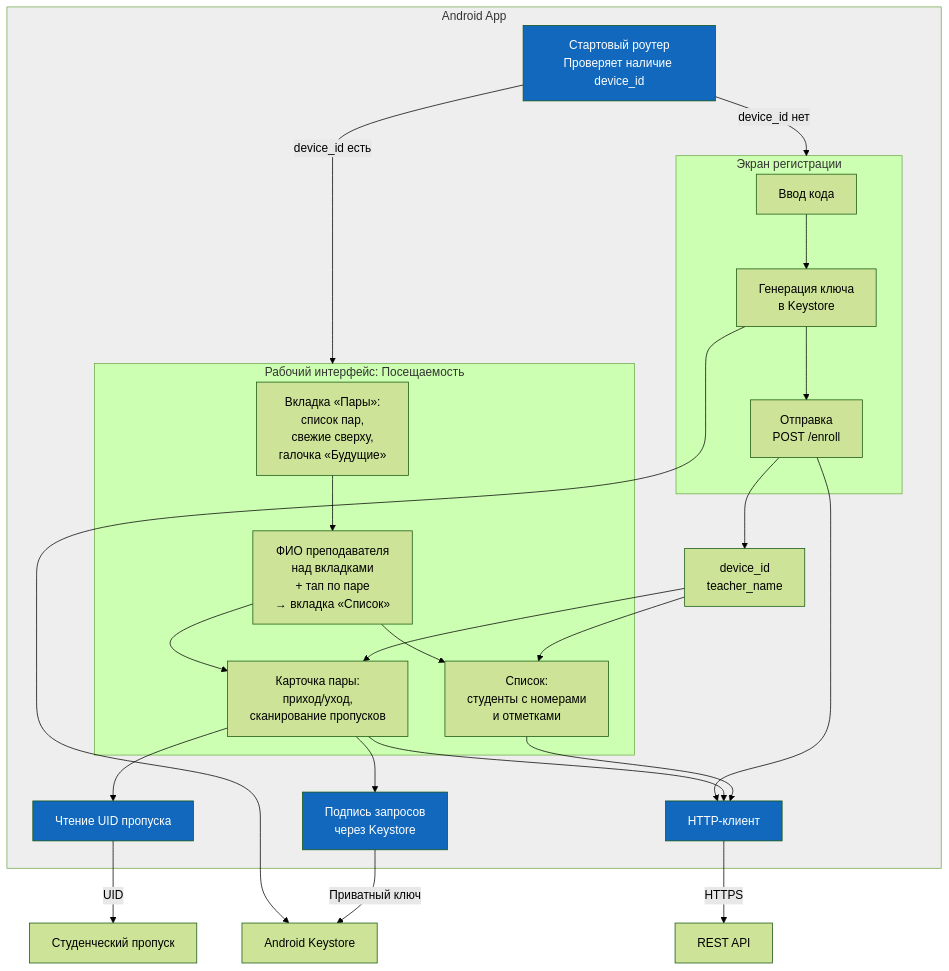
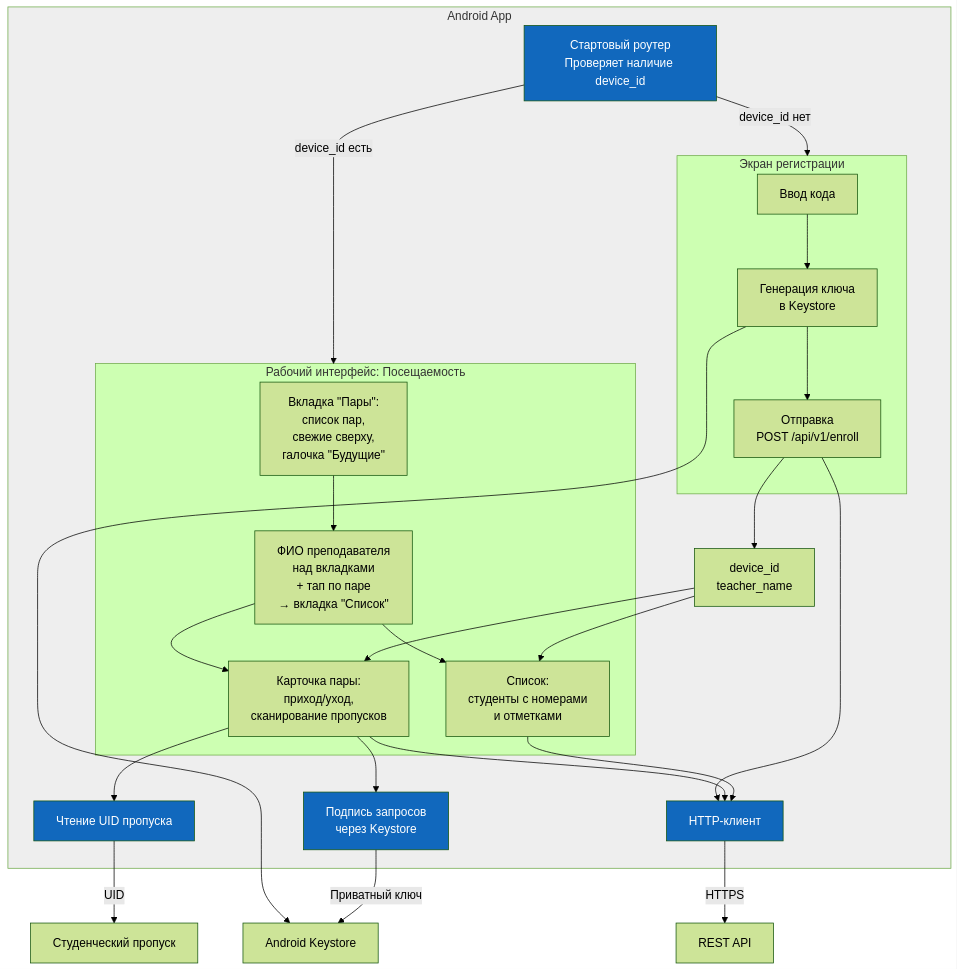
Before and after one commit to SP4CEVI/iasu-2.0: the third of 15 diagrams in docs/concept.md, drawn with Mermaid (forest theme). The commit also changed other lines of this file, not shown here.

````diff
--- a/docs/concept.md
+++ b/docs/concept.md
@@ -185,59 +187,59 @@
 ```mermaid
 graph TB
     subgraph App["Android App"]
         Router["Стартовый роутер<br/>Проверяет наличие device_id"]
 
         subgraph RegFlow["Экран регистрации"]
             RegInput["Ввод кода"]
             RegCrypto["Генерация ключа<br/>в Keystore"]
-            RegSend["Отправка<br/>POST /enroll"]
+            RegSend["Отправка<br/>POST /api/v1/enroll"]
         end
 
         subgraph WorkFlow["Рабочий интерфейс: Посещаемость"]
-            Selectors["Вкладка «Пары»:<br/>список пар,<br/>свежие сверху,<br/>галочка «Будущие»"]
-            ModeSwitch["ФИО преподавателя<br/>над вкладками<br/>+ тап по паре<br/>→ вкладка «Список»"]
+            Selectors["Вкладка #quot;Пары#quot;:<br/>список пар,<br/>свежие сверху,<br/>галочка #quot;Будущие#quot;"]
+            ModeSwitch["ФИО преподавателя<br/>над вкладками<br/>+ тап по паре<br/>→ вкладка #quot;Список#quot;"]
             MarkPart["Карточка пары:<br/>приход/уход,<br/>сканирование пропусков"]
             ListPart["Список:<br/>студенты с номерами<br/>и отметками"]
         end
 
         NFCReader["Чтение UID пропуска"]
         Crypto["Подпись запросов<br/>через Keystore"]
         Api["HTTP-клиент"]
         Prefs["device_id<br/>teacher_name"]
     end
 
     Keystore["Android Keystore"]
     Card["Студенческий пропуск"]
     Server["REST API"]
 
     Router -->|"device_id есть"| WorkFlow
     Router -->|"device_id нет"| RegFlow
 
     RegInput --> RegCrypto
     RegCrypto --> Keystore
     RegCrypto --> RegSend
     RegSend --> Api
     RegSend --> Prefs
 
     Selectors --> ModeSwitch
     ModeSwitch --> MarkPart
     ModeSwitch --> ListPart
 
     MarkPart --> NFCReader
     MarkPart --> Crypto
     MarkPart --> Api
 
     ListPart --> Api
 
     NFCReader -->|"UID"| Card
     Crypto -->|"Приватный ключ"| Keystore
     Api -->|"HTTPS"| Server
     Prefs --> MarkPart
     Prefs --> ListPart
 
     style App fill:#eee
     style Router fill:#1168bd,color:#fff
     style NFCReader fill:#1168bd,color:#fff
     style Crypto fill:#1168bd,color:#fff
     style Api fill:#1168bd,color:#fff
 ```
````
